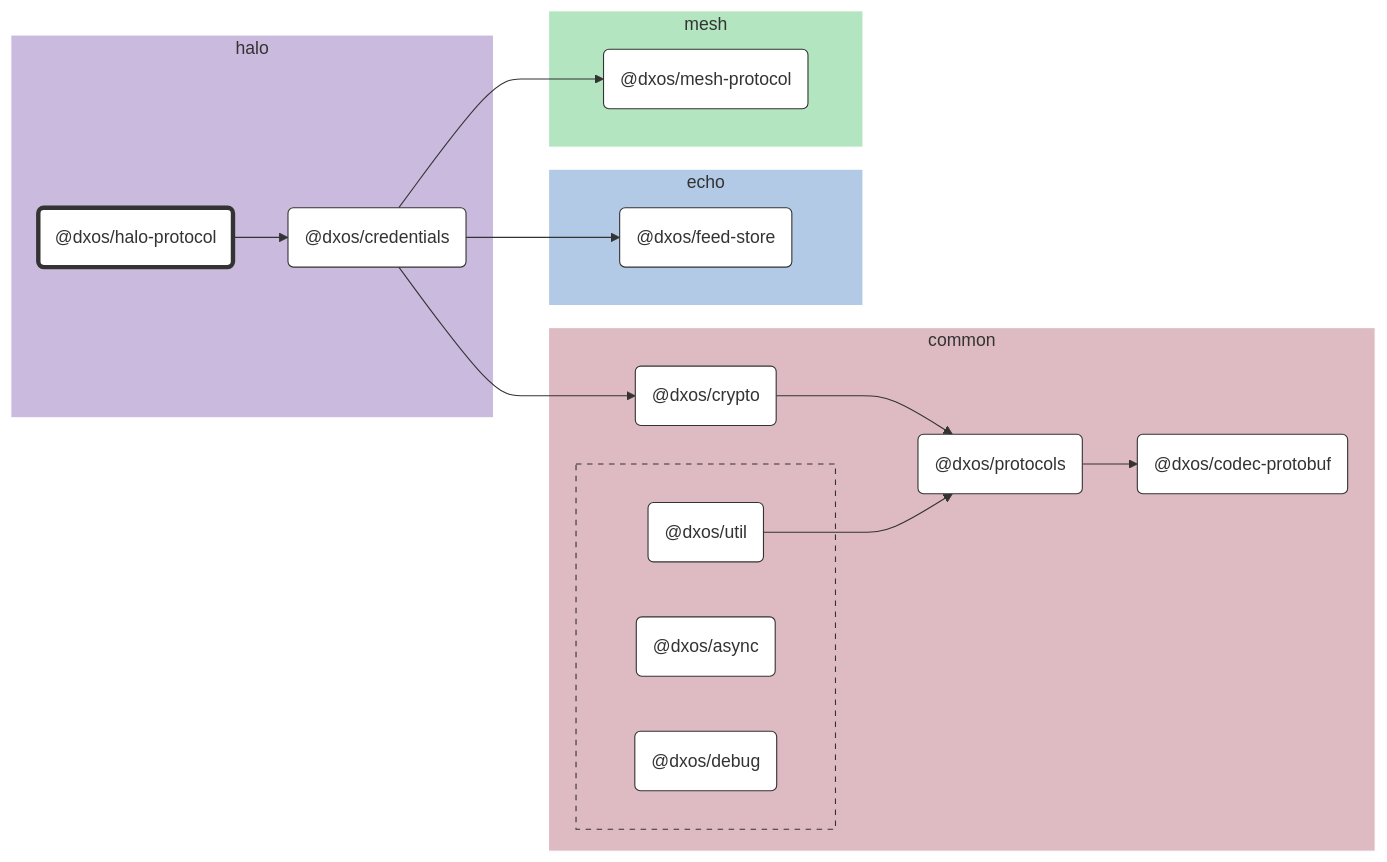
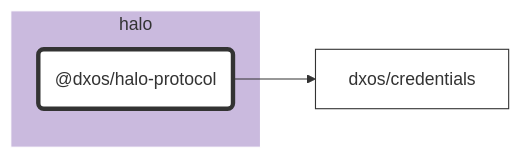
The diagram in packages/halo/halo-protocol/docs/README.md (dxos/dxos), drawn with Mermaid before and after one commit. The commit also changed 84 other files, not shown here.

````diff
--- a/packages/halo/halo-protocol/docs/README.md
+++ b/packages/halo/halo-protocol/docs/README.md
@@ -7,79 +7,21 @@
 ```mermaid
 %%{ init: {'flowchart':{'curve':'basis'}} }%%
 
 flowchart LR
 
-%% Links
-dxos/credentials --> dxos/crypto;
-dxos/credentials --> dxos/feed-store;
-dxos/credentials --> dxos/mesh-protocol;
-dxos/crypto --> dxos/protocols;
-dxos/halo-protocol --> dxos/credentials;
-dxos/protocols --> dxos/codec-protobuf;
-dxos/util --> dxos/protocols;
+%% Classes
+classDef default fill:#fff,stroke:#333,stroke-width:1px
+classDef root fill:#fff,stroke:#333,stroke-width:4px
 
-%% Sections
-subgraph halo
-  style halo fill:#cabade,stroke:#fff;
+%% Nodes
 
-  dxos/credentials("@dxos/credentials")
-  dxos/halo-protocol("@dxos/halo-protocol")
+subgraph halo [halo]
+  style halo fill:#cabade,stroke:#fff
+  dxos/halo-protocol("@dxos/halo-protocol"):::root
+  click dxos/halo-protocol "dxos/dxos/tree/main/packages/halo/halo-protocol/docs"
 end
 
-subgraph common
-  style common fill:#debac2,stroke:#fff;
-
-  dxos/codec-protobuf("@dxos/codec-protobuf")
-  dxos/crypto("@dxos/crypto")
-  dxos/protocols("@dxos/protocols")
-
-  subgraph common-excluded [ ]
-    style common-excluded fill:#debac2,stroke:#333,stroke-dasharray:5 5;
-
-    dxos/async("@dxos/async")
-    dxos/debug("@dxos/debug")
-    dxos/util("@dxos/util")
-  end
-end
-
-subgraph echo
-  style echo fill:#b3cae6,stroke:#fff;
-
-  dxos/feed-store("@dxos/feed-store")
-end
-
-subgraph mesh
-  style mesh fill:#b3e6c0,stroke:#fff;
-
-  dxos/mesh-protocol("@dxos/mesh-protocol")
-end
-
-
-%% Hyperlinks
-click dxos/async "dxos/dxos/tree/main/packages/common/async/docs";
-click dxos/codec-protobuf "dxos/dxos/tree/main/packages/common/codec-protobuf/docs";
-click dxos/credentials "dxos/dxos/tree/main/packages/halo/credentials/docs";
-click dxos/crypto "dxos/dxos/tree/main/packages/common/crypto/docs";
-click dxos/debug "dxos/dxos/tree/main/packages/common/debug/docs";
-click dxos/feed-store "dxos/dxos/tree/main/packages/echo/feed-store/docs";
-click dxos/mesh-protocol "dxos/dxos/tree/main/packages/mesh/mesh-protocol/docs";
-click dxos/protocols "dxos/dxos/tree/main/packages/common/protocols/docs";
-click dxos/util "dxos/dxos/tree/main/packages/common/util/docs";
-
-%% Styles
-classDef rootNode fill:#fff,stroke:#333,stroke-width:4px
-classDef defaultNode fill:#fff,stroke:#333,stroke-width:1px
+%% Links
 linkStyle default stroke:#333,stroke-width:1px
-
-dxos/halo-protocol:::rootNode
-
-dxos/async:::defaultNode
-dxos/codec-protobuf:::defaultNode
-dxos/credentials:::defaultNode
-dxos/crypto:::defaultNode
-dxos/debug:::defaultNode
-dxos/feed-store:::defaultNode
-dxos/mesh-protocol:::defaultNode
-dxos/protocols:::defaultNode
-dxos/util:::defaultNode
+dxos/halo-protocol --> dxos/credentials
 ```
````
